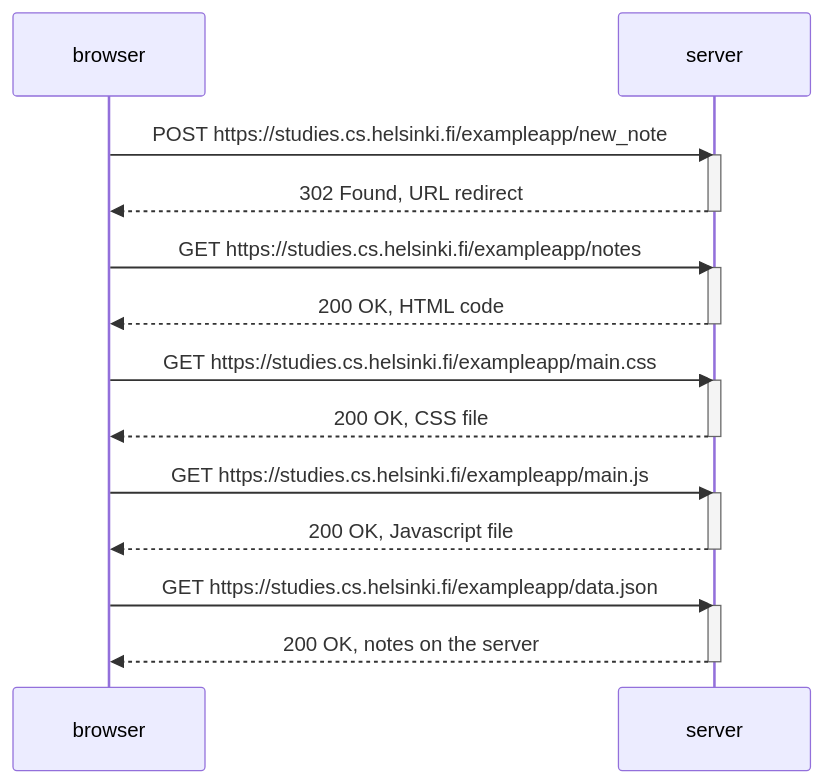
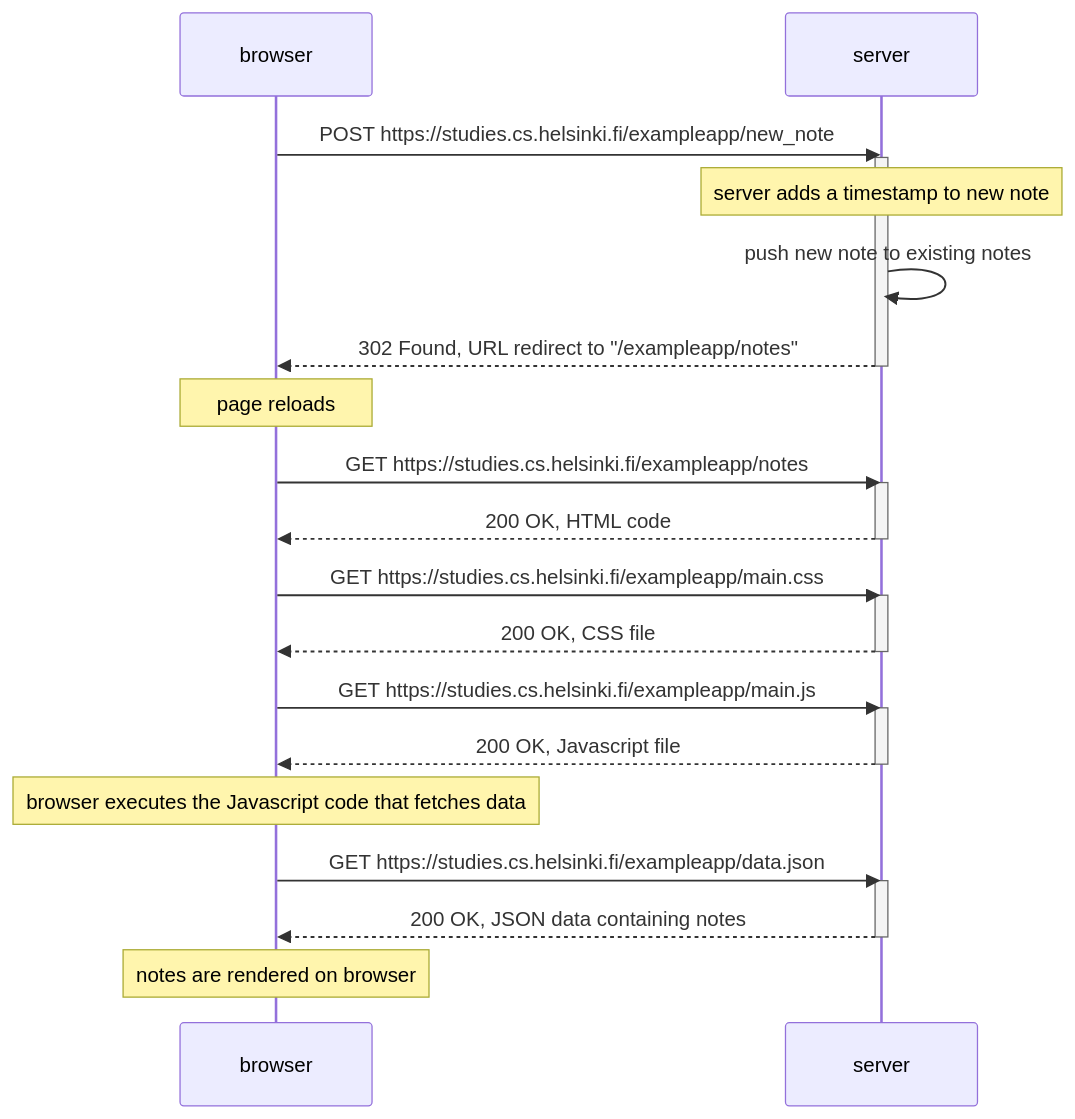
One commit to jungleistx/fullstackopen changed the diagram in part0/exercise_0.4.md. Above: the diagram before and after it, drawn with Mermaid.

Commit message:
add notes to exercise_0.4

````diff
--- a/part0/exercise_0.4.md
+++ b/part0/exercise_0.4.md
@@ -2,32 +2,38 @@
 ```mermaid
 sequenceDiagram
 
     participant browser
     participant server
 
     browser->>server: POST https://studies.cs.helsinki.fi/exampleapp/new_note
+
     activate server
-    server-->>browser: 302 Found, URL redirect;
+    Note over server: server adds a timestamp to new note
+    server->>server: push new note to existing notes
+    server-->>browser: 302 Found, URL redirect to "/exampleapp/notes";
     deactivate server
+    Note over browser: page reloads
 
     browser->>server: GET https://studies.cs.helsinki.fi/exampleapp/notes;
     activate server
     server-->>browser: 200 OK, HTML code;
     deactivate server
 
     browser->>server: GET https://studies.cs.helsinki.fi/exampleapp/main.css;
     activate server
     server-->>browser: 200 OK, CSS file;
     deactivate server
 
     browser->>server: GET https://studies.cs.helsinki.fi/exampleapp/main.js;
     activate server
     server-->>browser: 200 OK, Javascript file;
     deactivate server
+    Note over browser: browser executes the Javascript code that fetches data
 
     browser->>server: GET https://studies.cs.helsinki.fi/exampleapp/data.json;
     activate server
-    server-->>browser: 200 OK, notes on the server;
+    server-->>browser: 200 OK, JSON data containing notes;
     deactivate server
+    Note over browser: notes are rendered on browser
 
 ```
````
